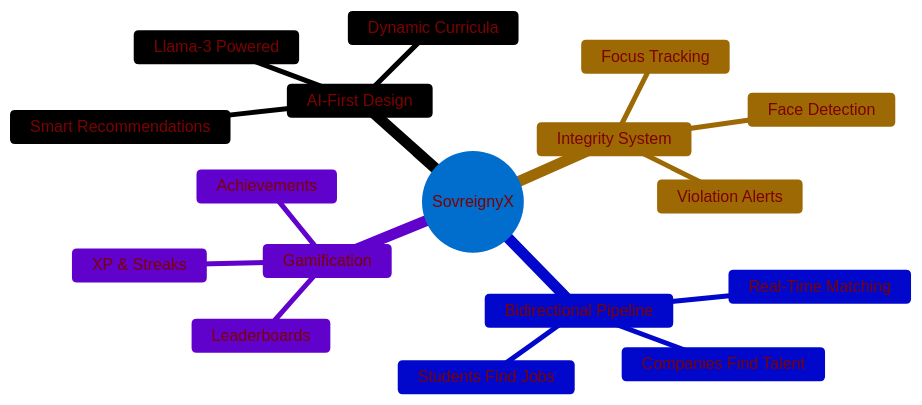
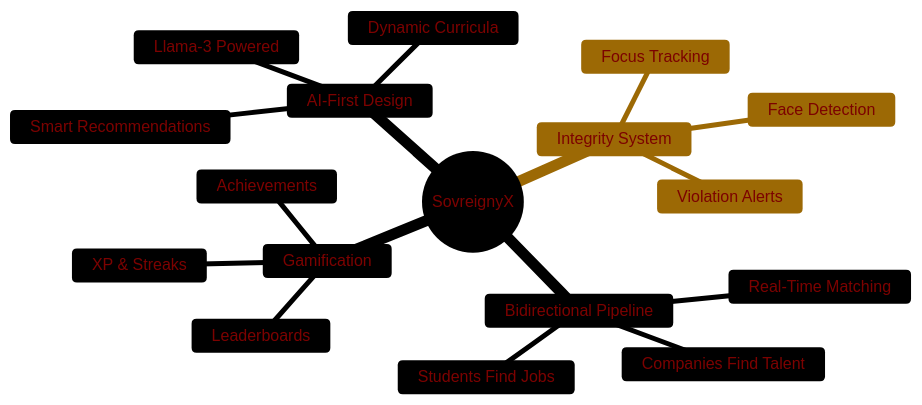
The first of 5 diagrams in README.md (dhanasai2/SovreignyX_Final), drawn with Mermaid before and after one commit.

Commit message:
Change Mermaid diagram theme colors
Updated Mermaid diagram theme colors in README.

````diff
--- a/README.md
+++ b/README.md
@@ -169,21 +169,21 @@
 ```mermaid
-%%{init: {'theme':'base', 'themeVariables': { 'primaryColor':'#4facfe','primaryTextColor':'#7C0200','primaryBorderColor':'#7C0200','lineColor':'#F8B229','secondaryColor':'#006100','tertiaryColor':'#F8B229'}}}%%
+%%{init: {'theme':'base', 'themeVariables': { 'primaryColor':'#7C0200','primaryTextColor':'#7C0200','primaryBorderColor':'#7C0200','lineColor':'#F8B229','secondaryColor':'#006100','tertiaryColor':'#F8B229'}}}%%
 mindmap
   root((SovreignyX))
     AI-First Design
       Llama-3 Powered
       Dynamic Curricula
       Smart Recommendations
     Integrity System
       Face Detection
       Focus Tracking
       Violation Alerts
     Bidirectional Pipeline
       Students Find Jobs
       Companies Find Talent
       Real-Time Matching
     Gamification
       XP & Streaks
       Leaderboards
       Achievements
 ```
````
